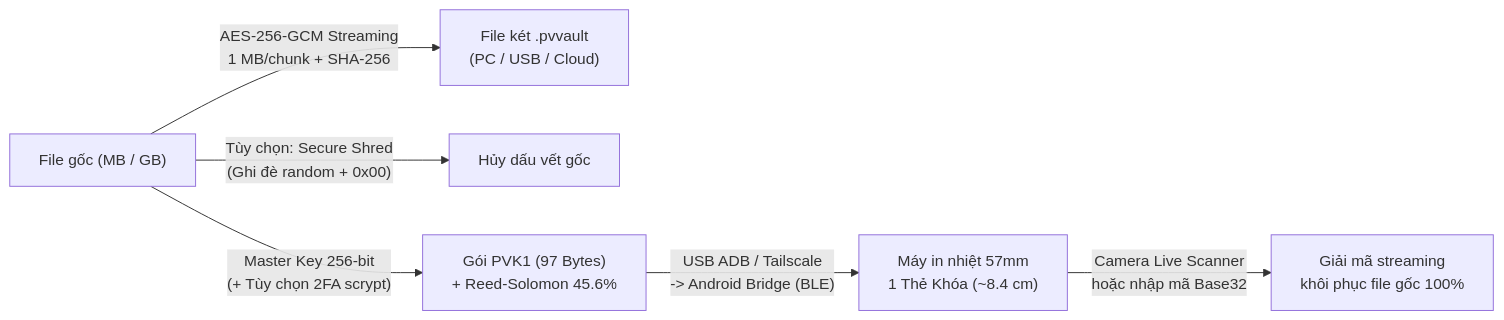
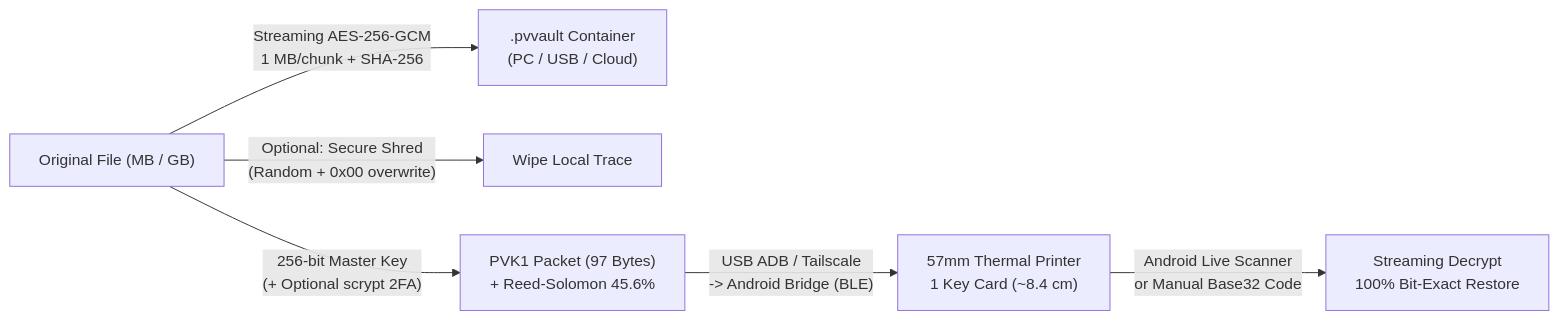
One commit to YIZ006/PAPER-VOID-Thermal-Paper-Key-File-Vault changed the diagram in README.md. Above: the diagram before and after it, drawn with Mermaid. The commit also changed other lines of this file and 2 other files, not shown here.

````diff
--- a/README.md
+++ b/README.md
@@ -26,8 +30,8 @@
 ```mermaid
 flowchart LR
-    A["File gốc (MB / GB)"] -->|"AES-256-GCM Streaming\n1 MB/chunk + SHA-256"| B["File két .pvvault\n(PC / USB / Cloud)"]
-    A -->|"Tùy chọn: Secure Shred\n(Ghi đè random + 0x00)"| X["Hủy dấu vết gốc"]
-    A -->|"Master Key 256-bit\n(+ Tùy chọn 2FA scrypt)"| C["Gói PVK1 (97 Bytes)\n+ Reed-Solomon 45.6%"]
-    C -->|"USB ADB / Tailscale\n-> Android Bridge (BLE)"| D["Máy in nhiệt 57mm\n1 Thẻ Khóa (~8.4 cm)"]
-    D -->|"Camera Live Scanner\nhoặc nhập mã Base32"| E["Giải mã streaming\nkhôi phục file gốc 100%"]
+    A["Original File (MB / GB)"] -->|"Streaming AES-256-GCM\n1 MB/chunk + SHA-256"| B[".pvvault Container\n(PC / USB / Cloud)"]
+    A -->|"Optional: Secure Shred\n(Random + 0x00 overwrite)"| X["Wipe Local Trace"]
+    A -->|"256-bit Master Key\n(+ Optional scrypt 2FA)"| C["PVK1 Packet (97 Bytes)\n+ Reed-Solomon 45.6%"]
+    C -->|"USB ADB / Tailscale\n-> Android Bridge (BLE)"| D["57mm Thermal Printer\n1 Key Card (~8.4 cm)"]
+    D -->|"Android Live Scanner\nor Manual Base32 Code"| E["Streaming Decrypt\n100% Bit-Exact Restore"]
 ```
````
